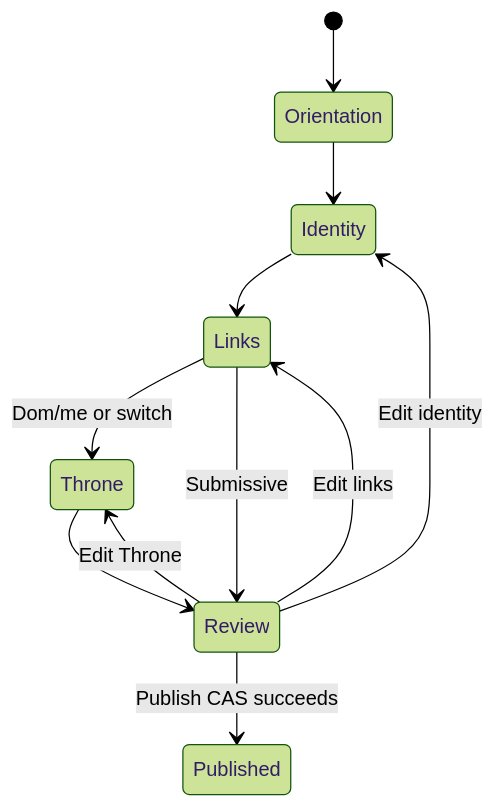
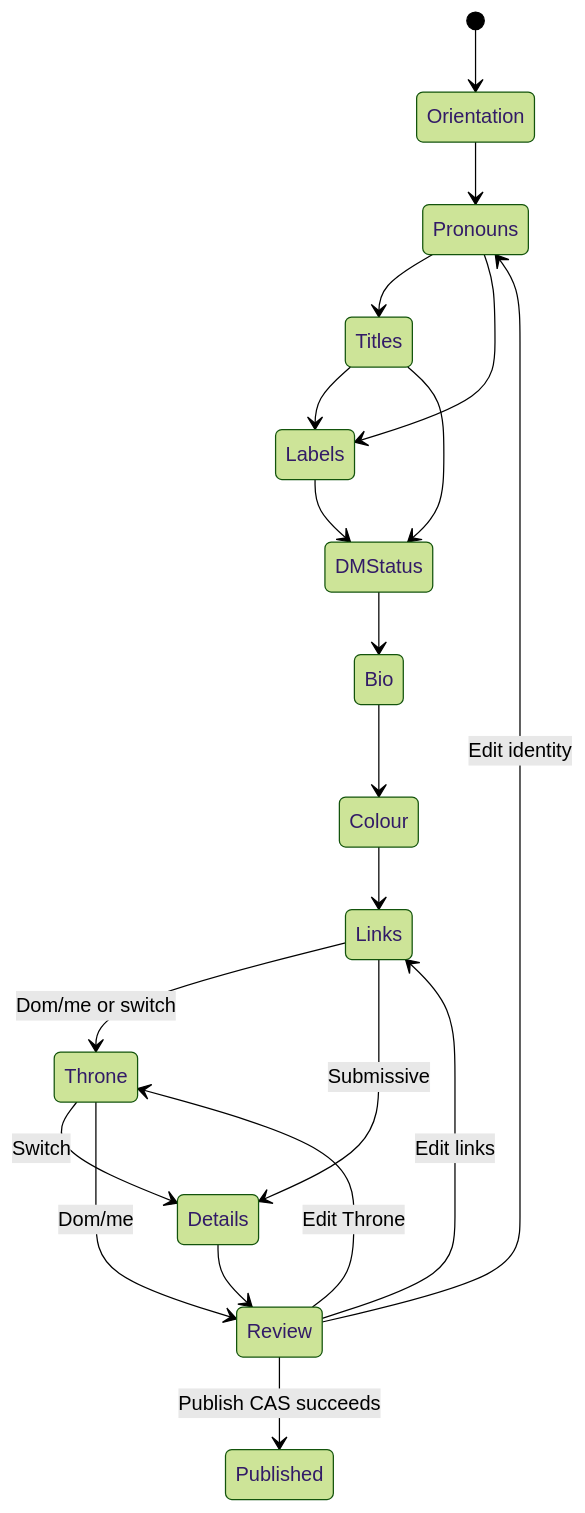
One commit to notpatdev/rob changed the third of 3 diagrams in docs/codebase-guide.md. Above: the diagram before and after it, drawn with Mermaid (forest theme). The commit also changed other lines of this file and 25 other files, not shown here.

````diff
--- a/docs/codebase-guide.md
+++ b/docs/codebase-guide.md
@@ -79,13 +83,22 @@
 ```mermaid
 stateDiagram-v2
   [*] --> Orientation
-  Orientation --> Identity
-  Identity --> Links
+  Orientation --> Pronouns
+  Pronouns --> Titles
+  Titles --> Labels
+  Pronouns --> Labels
+  Titles --> DMStatus
+  Labels --> DMStatus
+  DMStatus --> Bio
+  Bio --> Colour
+  Colour --> Links
   Links --> Throne: Dom/me or switch
-  Links --> Review: Submissive
-  Throne --> Review
+  Links --> Details: Submissive
+  Throne --> Details: Switch
+  Throne --> Review: Dom/me
+  Details --> Review
   Review --> Published: Publish CAS succeeds
-  Review --> Identity: Edit identity
+  Review --> Pronouns: Edit identity
   Review --> Links: Edit links
   Review --> Throne: Edit Throne
 ```
````
